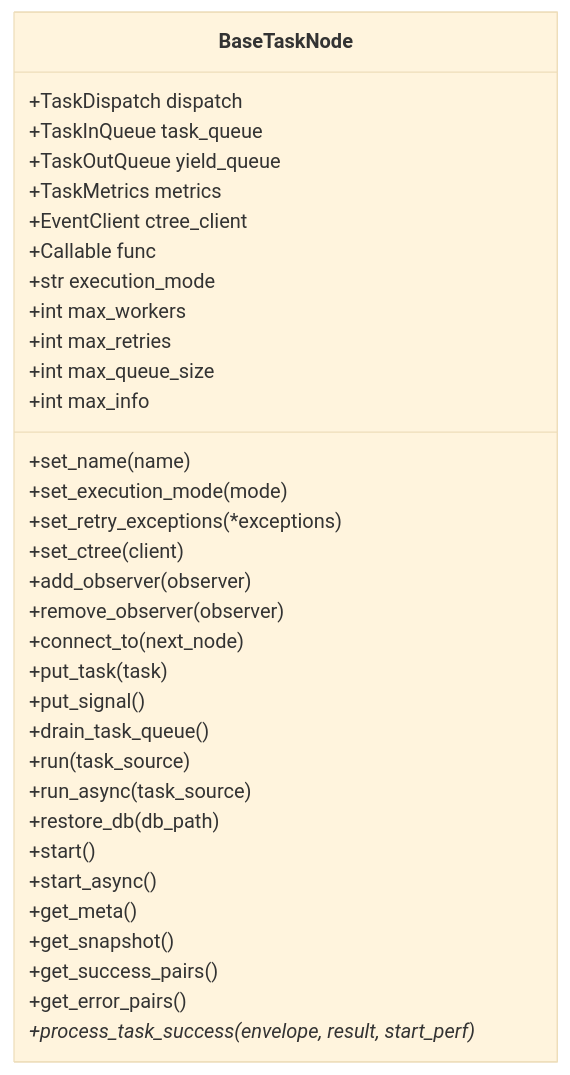
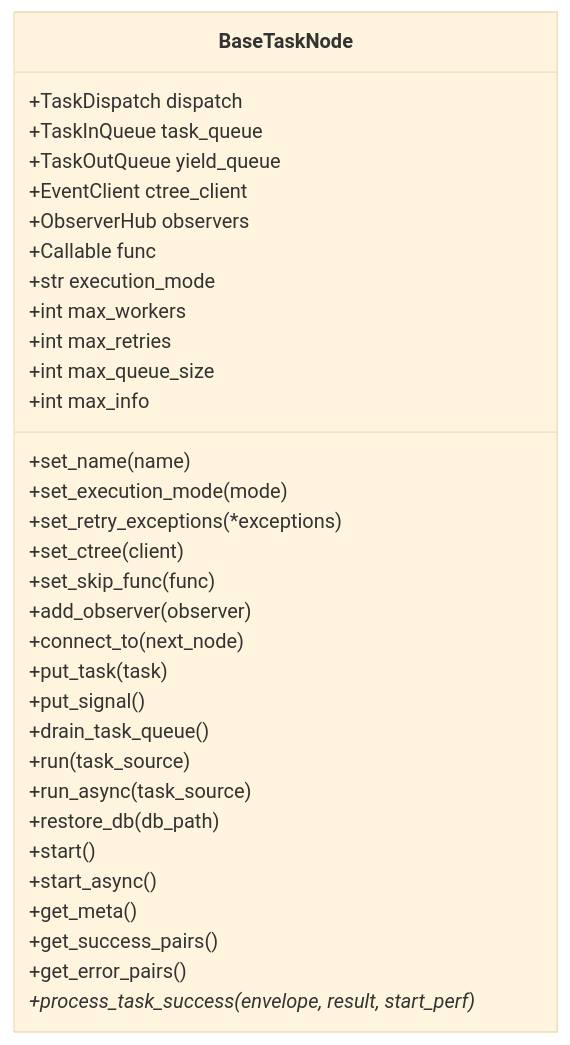
One commit to Mr-xiaotian/CelestialFlow changed the first of 2 diagrams in docs/zh-CN/src/node/core_node.md. Above: the diagram before and after it, drawn with Mermaid (base theme). The commit also changed other lines of this file and 74 other files, not shown here.

````diff
--- a/docs/zh-CN/src/node/core_node.md
+++ b/docs/zh-CN/src/node/core_node.md
@@ -31,36 +33,35 @@
 ```mermaid
 classDiagram
     class BaseTaskNode {
         +TaskDispatch dispatch
         +TaskInQueue task_queue
         +TaskOutQueue yield_queue
-        +TaskMetrics metrics
         +EventClient ctree_client
+        +ObserverHub observers
         +Callable func
         +str execution_mode
         +int max_workers
         +int max_retries
         +int max_queue_size
         +int max_info
         +set_name(name)
         +set_execution_mode(mode)
         +set_retry_exceptions(*exceptions)
         +set_ctree(client)
+        +set_skip_func(func)
         +add_observer(observer)
-        +remove_observer(observer)
         +connect_to(next_node)
         +put_task(task)
         +put_signal()
         +drain_task_queue()
         +run(task_source)
         +run_async(task_source)
         +restore_db(db_path)
         +start()
         +start_async()
         +get_meta()
-        +get_snapshot()
         +get_success_pairs()
         +get_error_pairs()
         +process_task_success(envelope, result, start_perf)*
     }
 ```
````
